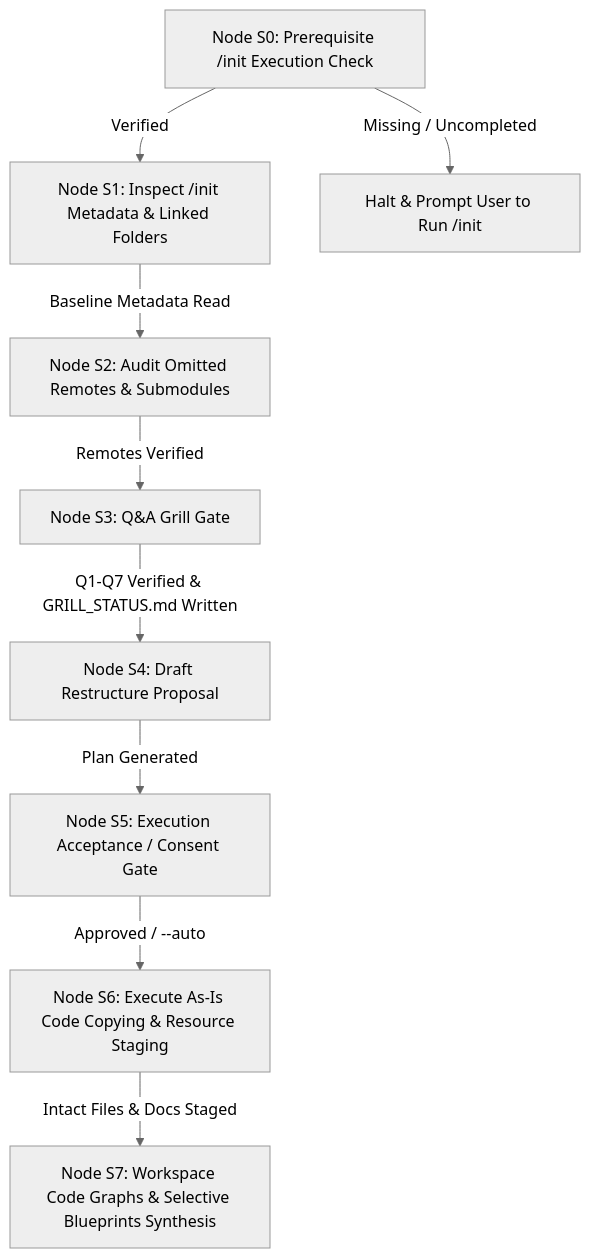
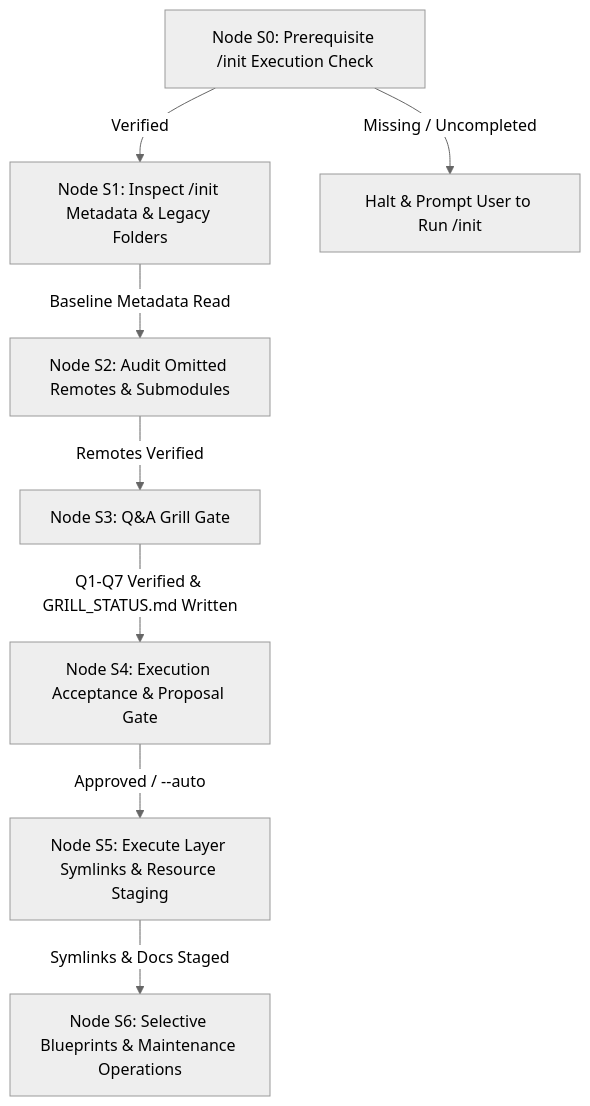
Before and after one commit to hrvthgergo/agent-driven-templates: the diagram in actions/process/antigravity/guards/workflows/process.md, drawn with Mermaid (neutral theme). The commit also changed other lines of this file and 12 other files, not shown here.

Commit message:
Refactor process action and guards for in-place brownfield symlinks and on-demand proposal

````diff
--- a/actions/process/antigravity/guards/workflows/process.md
+++ b/actions/process/antigravity/guards/workflows/process.md
@@ -25,11 +29,10 @@
 ```mermaid
 graph TD
-    S0[Node S0: Prerequisite /init Execution Check] -->|Verified| S1[Node S1: Inspect /init Metadata & Linked Folders]
+    S0[Node S0: Prerequisite /init Execution Check] -->|Verified| S1[Node S1: Inspect /init Metadata & Legacy Folders]
     S0 -->|Missing / Uncompleted| Halt[Halt & Prompt User to Run /init]
     S1 -->|Baseline Metadata Read| S2[Node S2: Audit Omitted Remotes & Submodules]
     S2 -->|Remotes Verified| S3[Node S3: Q&A Grill Gate]
-    S3 -->|Q1-Q7 Verified & GRILL_STATUS.md Written| S4[Node S4: Draft Restructure Proposal]
-    S4 -->|Plan Generated| S5[Node S5: Execution Acceptance / Consent Gate]
-    S5 -->|Approved / --auto| S6[Node S6: Execute As-Is Code Copying & Resource Staging]
-    S6 -->|Intact Files & Docs Staged| S7[Node S7: Workspace Code Graphs & Selective Blueprints Synthesis]
+    S3 -->|Q1-Q7 Verified & GRILL_STATUS.md Written| S4[Node S4: Execution Acceptance & Proposal Gate]
+    S4 -->|Approved / --auto| S5[Node S5: Execute Layer Symlinks & Resource Staging]
+    S5 -->|Symlinks & Docs Staged| S6[Node S6: Selective Blueprints & Maintenance Operations]
 ```
````
